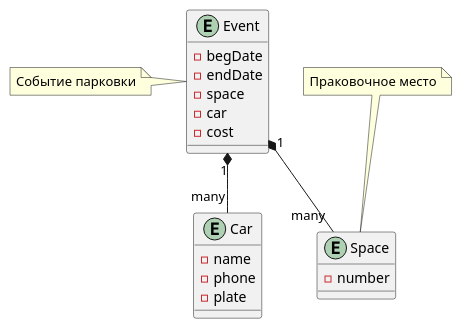
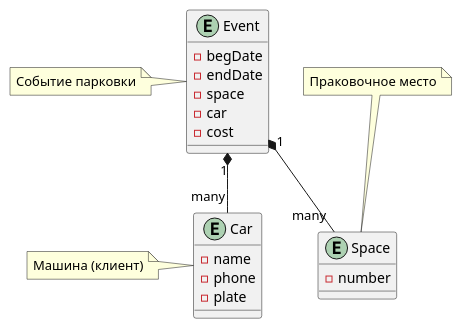
Before and after one commit to MityaIvanov/parking: the diagram in src/Enities.puml, drawn with PlantUML.

Commit message:
car note

```diff
--- a/src/Enities.puml
+++ b/src/Enities.puml
@@ -1,27 +1,28 @@
 @startuml
 
 entity Car {
 -name
 -phone
 -plate
 }
 
 entity Space {
 -number
 }
 
 entity Event {
 -begDate
 -endDate
 -space
 -car
 -cost
 }
 
 Event "1" *-- "many" Space
 Event "1" *-- "many" Car
 
 note top of Space: Праковочное место
 note left of Event: Событие парковки
+note left of Car: Машина (клиент)
 
 @enduml
```
